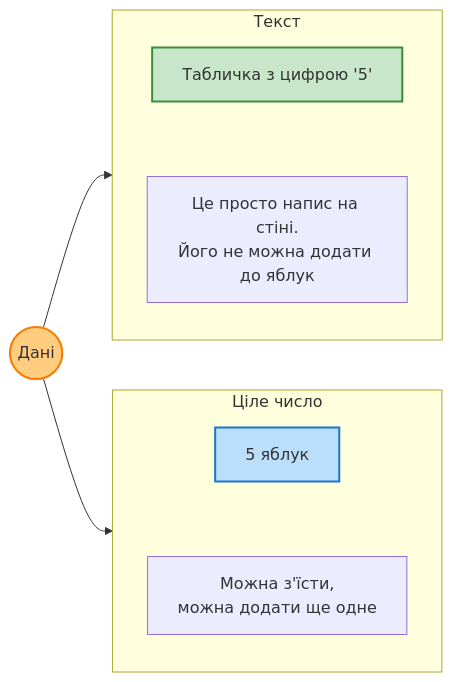
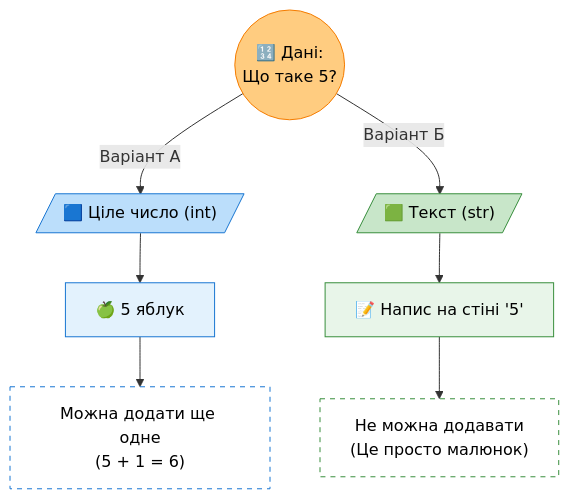
The fourth of 4 diagrams in content/Курс python/lesson1.md (dmytroway/python3-code-inf), drawn with Mermaid before and after one commit.

Commit message:
оновлена схема

````diff
--- a/content/Курс python/lesson1.md
+++ b/content/Курс python/lesson1.md
@@ -219,29 +219,26 @@
 ```mermaid
-flowchart LR
-    Data(("Дані"))
+graph TD
+    %% Головний вузол
+    Root(("🔢 Дані: <br/>Що таке 5?"))
+
+    %% Гілка Цілого числа
+    Root -->|Варіант А| IntBlock[/"🟦 Ціле число (int)"/]
+    IntBlock --> Ex1["🍏 5 яблук"]
+    Ex1 --> Act1["Можна додати ще одне<br/>(5 + 1 = 6)"]
+
+    %% Гілка Тексту
+    Root -->|Варіант Б| StrBlock[/"🟩 Текст (str)"/]
+    StrBlock --> Ex2["📝 Напис на стіні '5'"]
+    Ex2 --> Act2["Не можна додавати<br/>(Це просто малюнок)"]
+
+    %% Стилізація
+    style Root fill:#ffcc80,stroke:#f57c00,color:black
     
-    subgraph GroupInteger ["Ціле число"]
-        direction TB
-        NodeI["5 яблук"]
-        DescI["Можна з'їсти,<br/>можна додати ще одне"]
-    end
+    style IntBlock fill:#bbdefb,stroke:#1976D2,color:black
+    style Ex1 fill:#e3f2fd,stroke:#1976D2,color:black
+    style Act1 fill:#fff,stroke:#1976D2,stroke-dasharray: 5 5,color:black
 
-    subgraph GroupString ["Текст"]
-        direction TB
-        NodeS["Табличка з цифрою '5'"]
-        DescS["Це просто напис на стіні.<br/>Його не можна додати до яблук"]
-    end
-
-    %% Зв'язки
-    Data --> NodeI
-    Data --> NodeS
-    
-    %% Невидимі зв'язки
-    NodeI ~~~ DescI
-    NodeS ~~~ DescS
-
-    %% Стилі (вони працюватимуть у світлій темі, а в темній їх перекриє наш новий CSS)
-    style NodeI fill:#bbdefb,stroke:#1976D2,stroke-width:2px
-    style NodeS fill:#c8e6c9,stroke:#388E3C,stroke-width:2px
-    style Data fill:#ffcc80,stroke:#f57c00,stroke-width:2px
+    style StrBlock fill:#c8e6c9,stroke:#388E3C,color:black
+    style Ex2 fill:#e8f5e9,stroke:#388E3C,color:black
+    style Act2 fill:#fff,stroke:#388E3C,stroke-dasharray: 5 5,color:black
 ```
````
